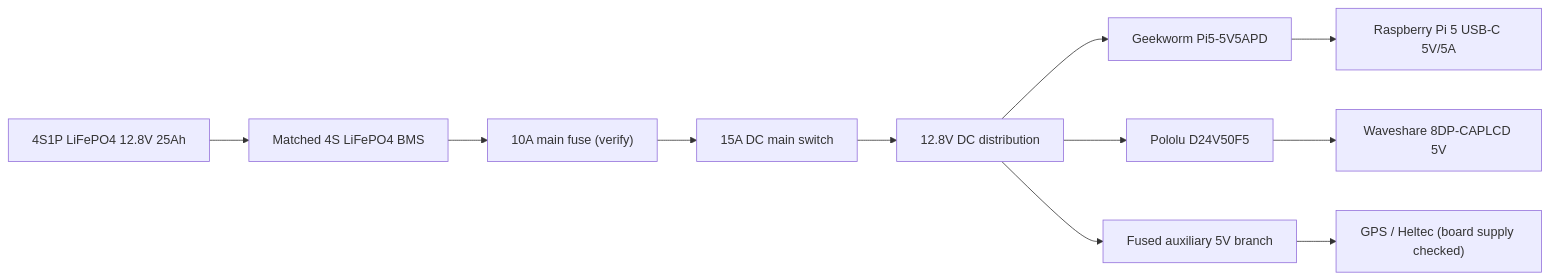
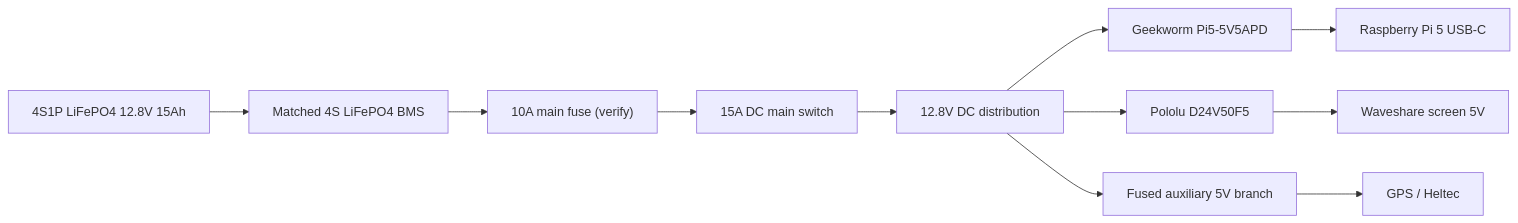
Before and after one commit to azoiu/OFFGRID-Field-Station: the diagram in docs/electrical-design.md, drawn with Mermaid. The commit also changed other lines of this file, not shown here.

````diff
--- a/docs/electrical-design.md
+++ b/docs/electrical-design.md
@@ -18,13 +18,13 @@
 ```mermaid
 flowchart LR
-    BAT["4S1P LiFePO4 12.8V 25Ah"] --> BMS["Matched 4S LiFePO4 BMS"]
+    BAT["4S1P LiFePO4 12.8V 15Ah"] --> BMS["Matched 4S LiFePO4 BMS"]
     BMS --> FUSE["10A main fuse (verify)"]
     FUSE --> SW["15A DC main switch"]
     SW --> BUS["12.8V DC distribution"]
     BUS --> PI["Geekworm Pi5-5V5APD"]
-    PI --> PI5["Raspberry Pi 5 USB-C 5V/5A"]
+    PI --> PI5["Raspberry Pi 5 USB-C"]
     BUS --> LCD["Pololu D24V50F5"]
-    LCD --> DISP["Waveshare 8DP-CAPLCD 5V"]
+    LCD --> DISP["Waveshare screen 5V"]
     BUS --> AUX["Fused auxiliary 5V branch"]
-    AUX --> GPS["GPS / Heltec (board supply checked)"]
+    AUX --> GPS["GPS / Heltec"]
 ```
````
